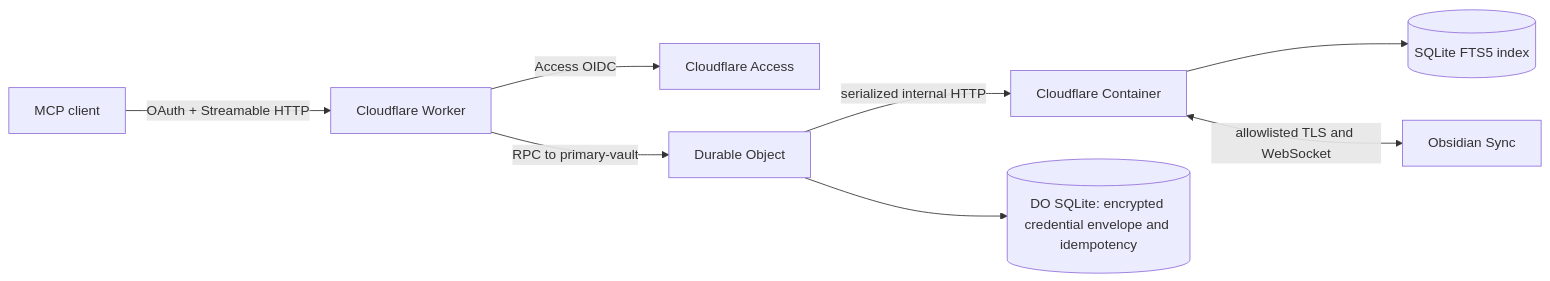
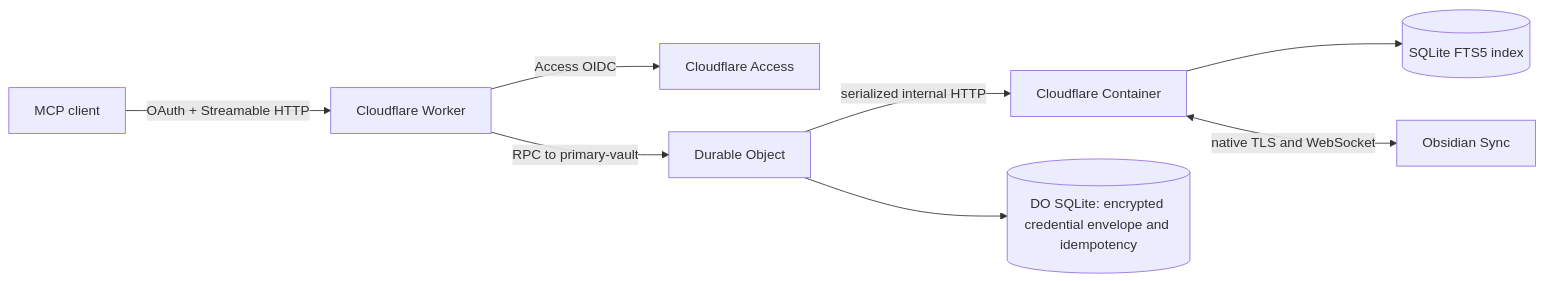
Before and after one commit to jkxyz/obsidian-sync-mcp: the diagram in README.md, drawn with Mermaid. The commit also changed 15 other files, not shown here.

Commit message:
Make Cloudflare Obsidian sync reliable

````diff
--- a/README.md
+++ b/README.md
@@ -18,10 +18,10 @@
 ```mermaid
 flowchart LR
   C[MCP client] -->|OAuth + Streamable HTTP| W[Cloudflare Worker]
   W -->|Access OIDC| A[Cloudflare Access]
   W -->|RPC to primary-vault| D[Durable Object]
   D -->|serialized internal HTTP| X[Cloudflare Container]
   X --> I[(SQLite FTS5 index)]
-  X <-->|allowlisted TLS and WebSocket| O[Obsidian Sync]
+  X <-->|native TLS and WebSocket| O[Obsidian Sync]
   D --> S[(DO SQLite: encrypted credential envelope and idempotency)]
 ```
````
